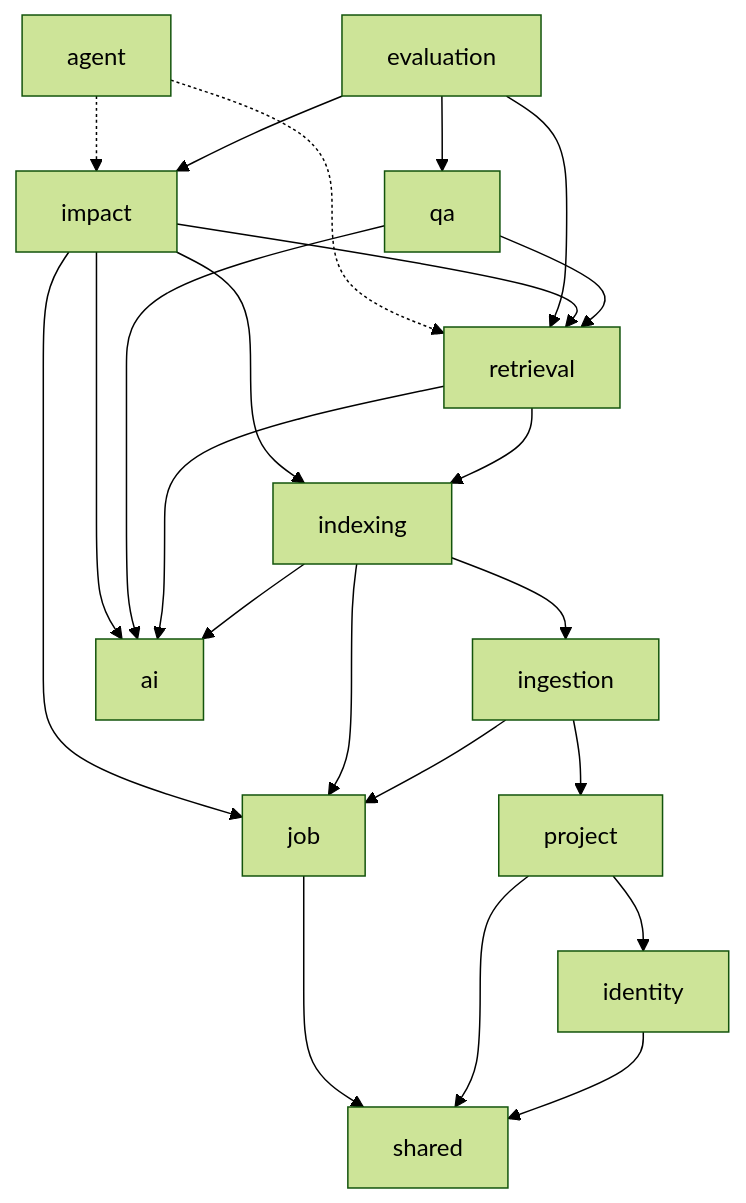
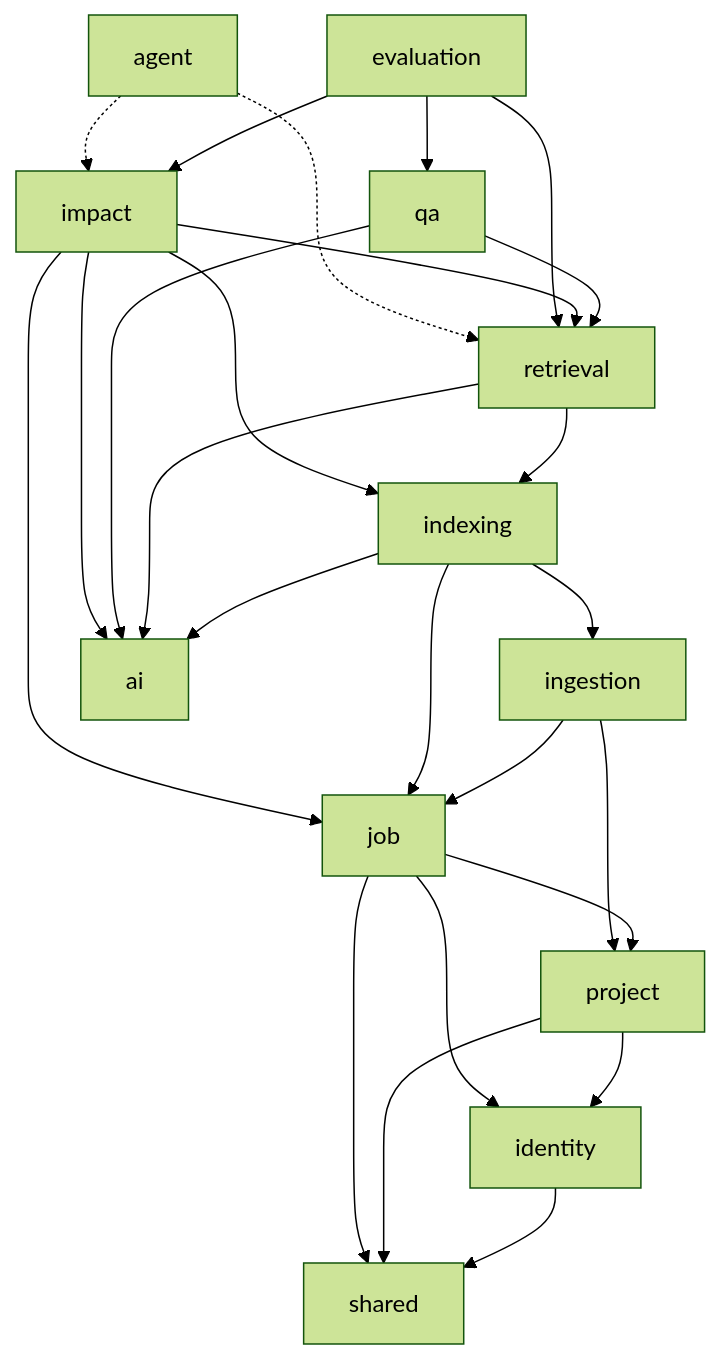
The second of 5 diagrams in docs/architecture.md (Its-Nitin/devmind-ai), drawn with Mermaid (forest theme) before and after one commit. The commit also changed other lines of this file and 50 other files, not shown here.

````diff
--- a/docs/architecture.md
+++ b/docs/architecture.md
@@ -47,25 +47,27 @@
 ```mermaid
 flowchart TB
   identity --> shared
   project --> identity
   project --> shared
   job --> shared
+  job --> project
+  job --> identity
   ingestion --> project
   ingestion --> job
   indexing --> ingestion
   indexing --> ai
   indexing --> job
   retrieval --> indexing
   retrieval --> ai
   qa --> retrieval
   qa --> ai
   impact --> retrieval
   impact --> indexing
   impact --> ai
   impact --> job
   evaluation --> qa
   evaluation --> impact
   evaluation --> retrieval
   agent -.-> retrieval
   agent -.-> impact
 ```
````
